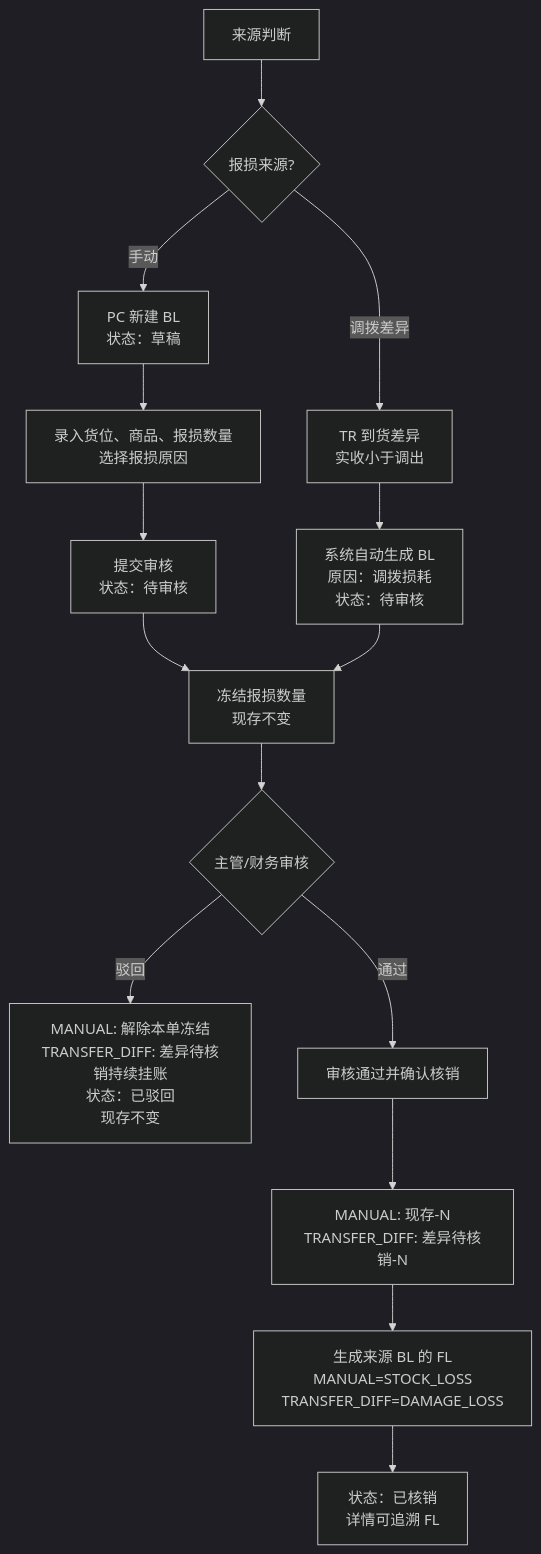
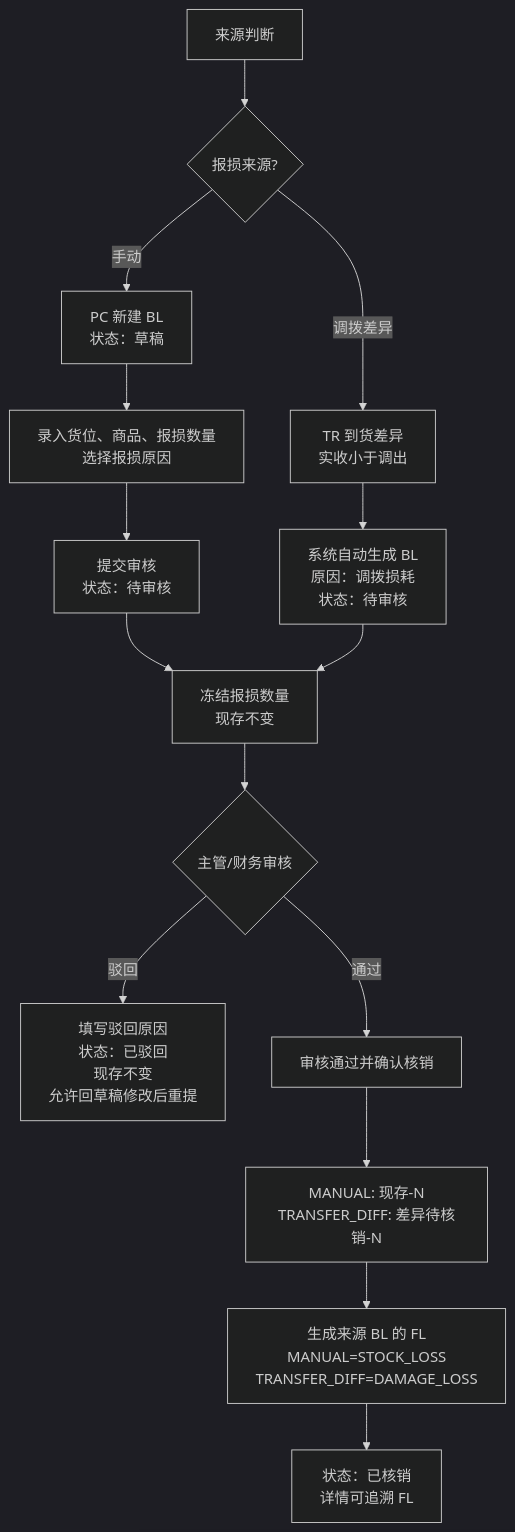
The first of 2 diagrams in prd-docs/报损管理/报损单/报损单_业务流程推演.md (lophyJessica/forge-crm), drawn with Mermaid (dark theme) before and after one commit. The commit also changed other lines of this file and 40 other files, not shown here.

````diff
--- a/prd-docs/报损管理/报损单/报损单_业务流程推演.md
+++ b/prd-docs/报损管理/报损单/报损单_业务流程推演.md
@@ -20,17 +20,17 @@
 ```mermaid
 flowchart TD
     A["来源判断"] --> B{"报损来源?"}
     B -->|"手动"| C["PC 新建 BL<br/>状态：草稿"]
     C --> D["录入货位、商品、报损数量<br/>选择报损原因"]
     D --> E["提交审核<br/>状态：待审核"]
     B -->|"调拨差异"| F["TR 到货差异<br/>实收小于调出"]
     F --> G["系统自动生成 BL<br/>原因：调拨损耗<br/>状态：待审核"]
     E --> H["冻结报损数量<br/>现存不变"]
     G --> H
     H --> I{"主管/财务审核"}
-    I -->|"驳回"| J["MANUAL: 解除本单冻结<br/>TRANSFER_DIFF: 差异待核销持续挂账<br/>状态：已驳回<br/>现存不变"]
+    I -->|"驳回"| J["填写驳回原因<br/>状态：已驳回<br/>现存不变<br/>允许回草稿修改后重提"]
     I -->|"通过"| K["审核通过并确认核销"]
     K --> L["MANUAL: 现存-N<br/>TRANSFER_DIFF: 差异待核销-N"]
     L --> M["生成来源 BL 的 FL<br/>MANUAL=STOCK_LOSS<br/>TRANSFER_DIFF=DAMAGE_LOSS"]
     M --> N["状态：已核销<br/>详情可追溯 FL"]
 ```
````
